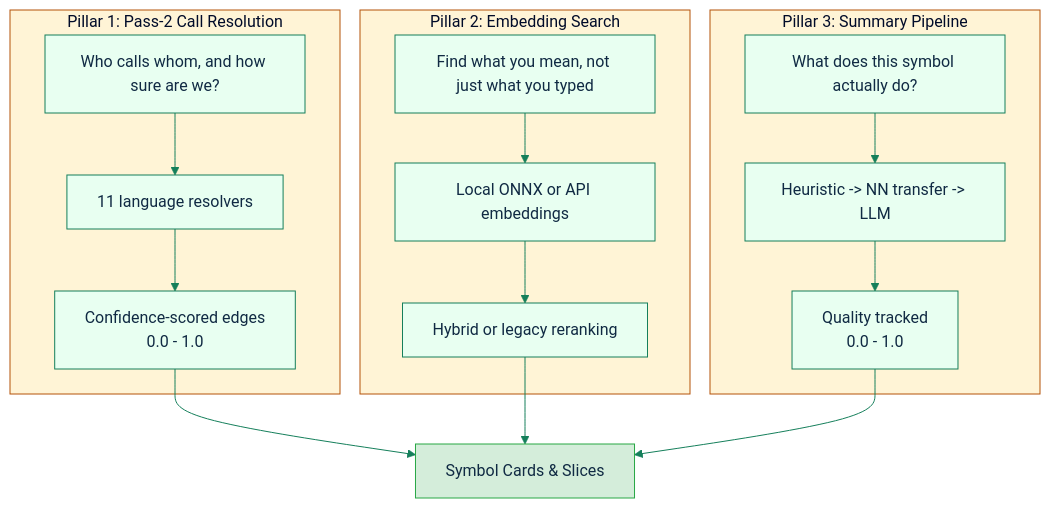
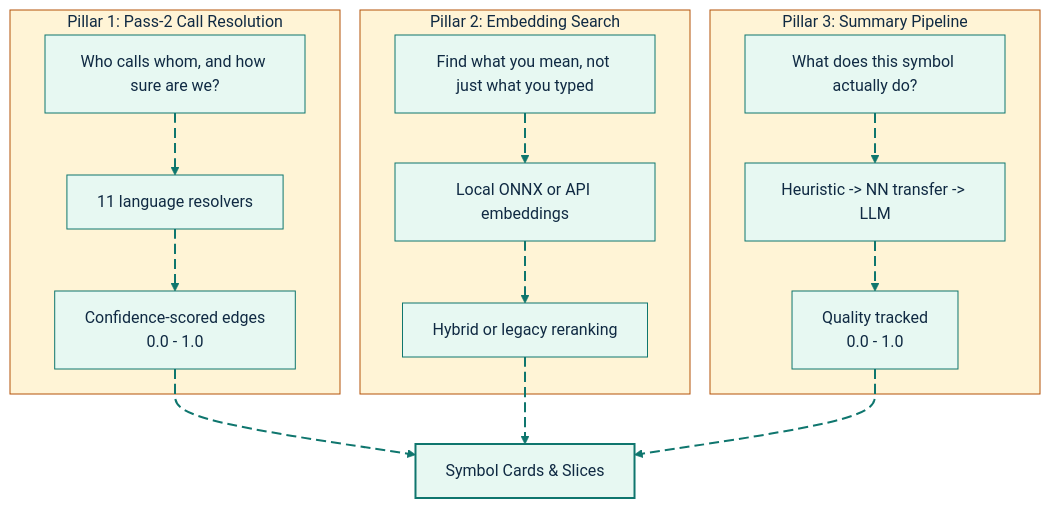
The first of 13 diagrams in docs/feature-deep-dives/semantic-engine.md (GlitterKill/sdl-mcp), drawn with Mermaid before and after one commit. The commit also changed other lines of this file and 33 other files, not shown here.

First line of the commit message:
docs: update mermaid diagram themes and styling across documentation

````diff
--- a/docs/feature-deep-dives/semantic-engine.md
+++ b/docs/feature-deep-dives/semantic-engine.md
@@ -26,32 +26,44 @@
 ```mermaid
-%%{init: {"theme":"base","themeVariables":{"primaryColor":"#e8fff1","primaryBorderColor":"#157f5b","primaryTextColor":"#102a43","secondaryColor":"#eef6ff","secondaryBorderColor":"#2563eb","tertiaryColor":"#fff4d6","tertiaryBorderColor":"#b45309","lineColor":"#157f5b","fontFamily":"Trebuchet MS, Arial"},"flowchart":{"curve":"basis"}}}%%
+%%{init: {"theme":"base","themeVariables":{"background":"#ffffff","primaryColor":"#E7F8F2","primaryBorderColor":"#0F766E","primaryTextColor":"#102A43","secondaryColor":"#E8F1FF","secondaryBorderColor":"#2563EB","secondaryTextColor":"#102A43","tertiaryColor":"#FFF4D6","tertiaryBorderColor":"#B45309","tertiaryTextColor":"#102A43","lineColor":"#0F766E","textColor":"#102A43","fontFamily":"Inter, ui-sans-serif, system-ui, -apple-system, BlinkMacSystemFont, Segoe UI, sans-serif"},"flowchart":{"curve":"basis","htmlLabels":true}}}%%
 flowchart TD
     subgraph P1["Pillar 1: Pass-2 Call Resolution"]
         Call["Who calls whom, and how sure are we?"]
         Resolvers["11 language resolvers"]
         Confidence["Confidence-scored edges
 0.0 - 1.0"]
-        Call --> Resolvers --> Confidence
+        Call e1@--> Resolvers
+        Resolvers e2@--> Confidence
     end
 
     subgraph P2["Pillar 2: Embedding Search"]
         Search["Find what you mean, not just what you typed"]
         Embeddings["Local ONNX or API embeddings"]
         Fusion["Hybrid or legacy reranking"]
-        Search --> Embeddings --> Fusion
+        Search e3@--> Embeddings
+        Embeddings e4@--> Fusion
     end
 
     subgraph P3["Pillar 3: Summary Pipeline"]
         Summary["What does this symbol actually do?"]
         Stages["Heuristic -> NN transfer -> LLM"]
         Quality["Quality tracked
 0.0 - 1.0"]
-        Summary --> Stages --> Quality
+        Summary e5@--> Stages
+        Stages e6@--> Quality
     end
 
-    Confidence --> Cards["Symbol Cards & Slices"]
-    Fusion --> Cards
-    Quality --> Cards
+    Confidence e7@--> Cards["Symbol Cards & Slices"]
+    Fusion e8@--> Cards
+    Quality e9@--> Cards
 
-    style Cards fill:#d4edda,stroke:#28a745
+    style Cards fill:#E7F8F2,stroke:#0F766E,stroke-width:2px,color:#102A43
+
+    classDef source fill:#E7F8F2,stroke:#0F766E,stroke-width:2px,color:#102A43;
+    classDef process fill:#E8F1FF,stroke:#2563EB,stroke-width:2px,color:#102A43;
+    classDef decision fill:#FFF4D6,stroke:#B45309,stroke-width:2px,color:#102A43;
+    classDef storage fill:#F2E8FF,stroke:#7C3AED,stroke-width:2px,color:#102A43;
+    classDef output fill:#FFE8EF,stroke:#BE123C,stroke-width:2px,color:#102A43;
+    classDef muted fill:#F8FAFC,stroke:#64748B,stroke-width:1px,color:#102A43;
+    classDef animate stroke:#0F766E,stroke-width:2px,stroke-dasharray:10\,5,stroke-dashoffset:900,animation:dash 22s linear infinite;
+    class e1,e2,e3,e4,e5,e6,e7,e8,e9 animate;
 ```
````
